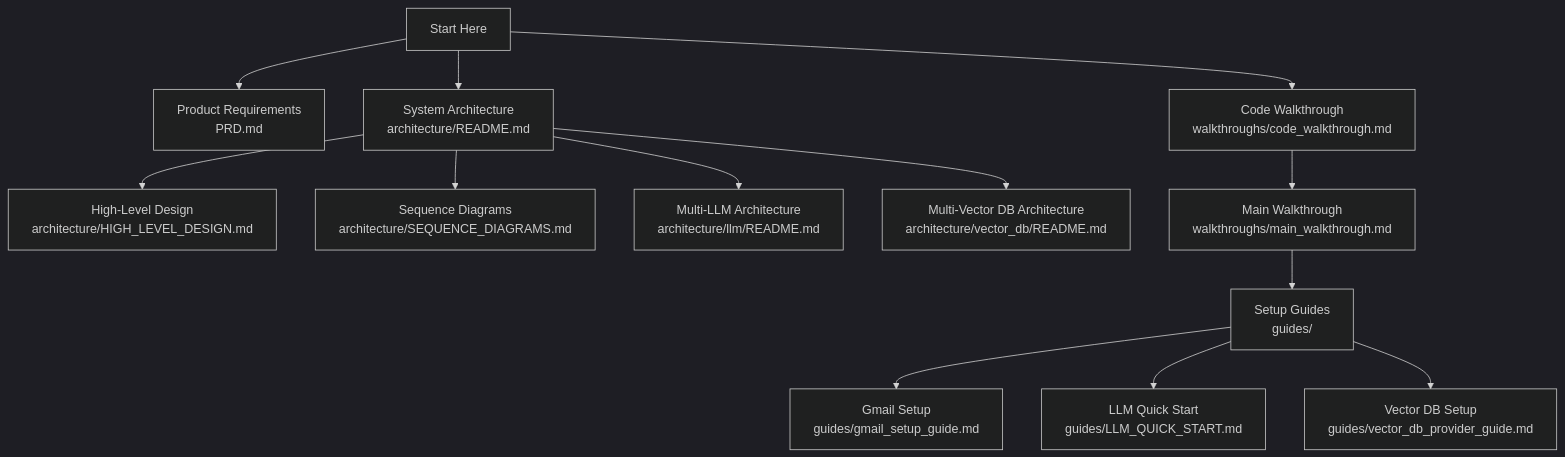
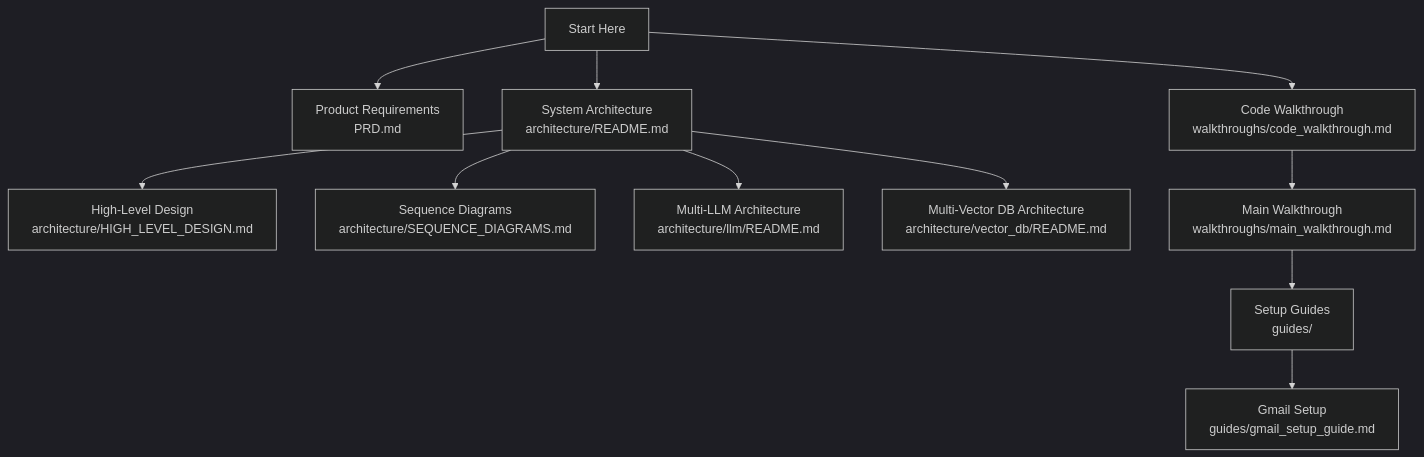
The diagram in docs/README.md (NayaneshGupte/RAG-Demo), drawn with Mermaid (dark theme) before and after one commit. The commit also changed other lines of this file and 9 other files, not shown here.

````diff
--- a/docs/README.md
+++ b/docs/README.md
@@ -49,20 +46,18 @@
 ```mermaid
 graph TB
     Start[Start Here]
     
     Start --> PRD[Product Requirements<br/>PRD.md]
     Start --> Arch[System Architecture<br/>architecture/README.md]
     Start --> Code[Code Walkthrough<br/>walkthroughs/code_walkthrough.md]
     
     Arch --> HLD[High-Level Design<br/>architecture/HIGH_LEVEL_DESIGN.md]
     Arch --> Seq[Sequence Diagrams<br/>architecture/SEQUENCE_DIAGRAMS.md]
     Arch --> LLM[Multi-LLM Architecture<br/>architecture/llm/README.md]
     Arch --> VDB[Multi-Vector DB Architecture<br/>architecture/vector_db/README.md]
     
     Code --> Setup[Main Walkthrough<br/>walkthroughs/main_walkthrough.md]
     
     Setup --> Guides[Setup Guides<br/>guides/]
     Guides --> Gmail[Gmail Setup<br/>guides/gmail_setup_guide.md]
-    Guides --> LLMGuide[LLM Quick Start<br/>guides/LLM_QUICK_START.md]
-    Guides --> VDBGuide[Vector DB Setup<br/>guides/vector_db_provider_guide.md]
 ```
````
